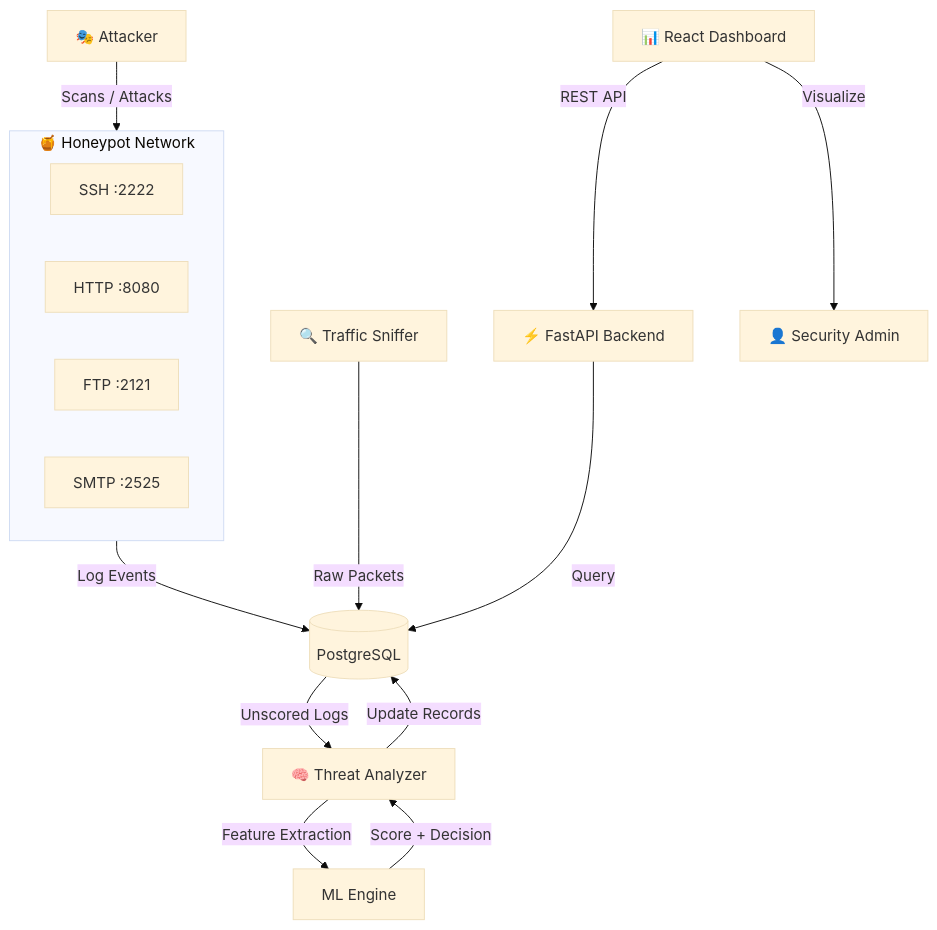
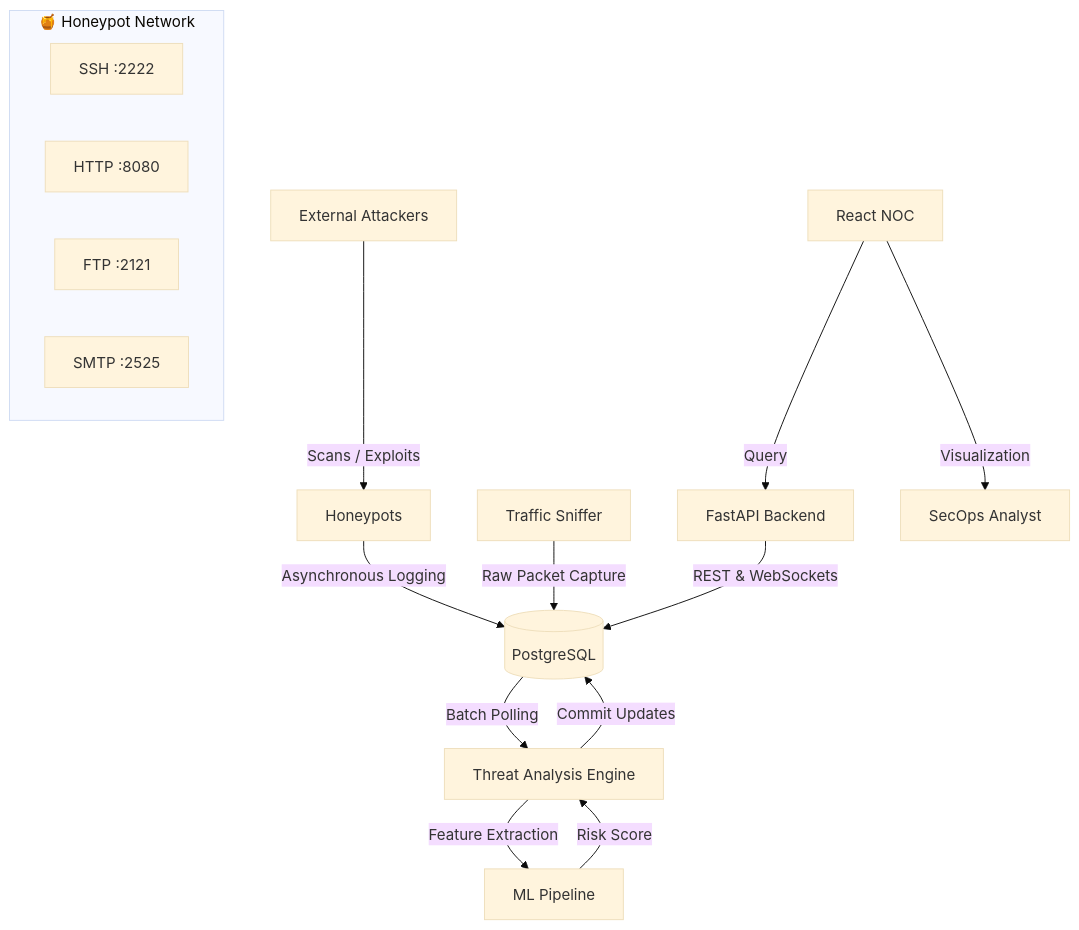
Before and after one commit to sriram21-09/PhantomNet: the diagram in README.md, drawn with Mermaid (base theme). The commit also changed other lines of this file, not shown here.

````diff
--- a/README.md
+++ b/README.md
@@ -120,23 +68,24 @@
 ```mermaid
 graph TD
-    Attacker[🎭 Attacker] -->|Scans / Attacks| Honeypots
+    %% Core Nodes
+    Attacker[External Attackers] -->|Scans / Exploits| Honeypots
     
-    subgraph Honeypots["🍯 Honeypot Network"]
+    subgraph Deception Mesh ["🍯 Honeypot Network"]
         SSH[SSH :2222]
         HTTP[HTTP :8080]
         FTP[FTP :2121]
         SMTP[SMTP :2525]
     end
     
-    Honeypots -->|Log Events| DB[(PostgreSQL)]
-    Sniffer[🔍 Traffic Sniffer] -->|Raw Packets| DB
+    Honeypots -->|Asynchronous Logging| DB[(PostgreSQL)]
+    Sniffer[Traffic Sniffer] -->|Raw Packet Capture| DB
     
-    DB -->|Unscored Logs| Analyzer[🧠 Threat Analyzer]
-    Analyzer -->|Feature Extraction| ML[ML Engine]
-    ML -->|Score + Decision| Analyzer
-    Analyzer -->|Update Records| DB
+    DB -->|Batch Polling| Analyzer[Threat Analysis Engine]
+    Analyzer -->|Feature Extraction| ML[ML Pipeline]
+    ML -->|Risk Score| Analyzer
+    Analyzer -->|Commit Updates| DB
     
-    API[⚡ FastAPI Backend] -->|Query| DB
-    Dashboard[📊 React Dashboard] -->|REST API| API
-    Dashboard -->|Visualize| Admin[👤 Security Admin]
+    API[FastAPI Backend] -->|REST & WebSockets| DB
+    Dashboard[React NOC] -->|Query| API
+    Dashboard -->|Visualization| SecOps[SecOps Analyst]
 ```
````
